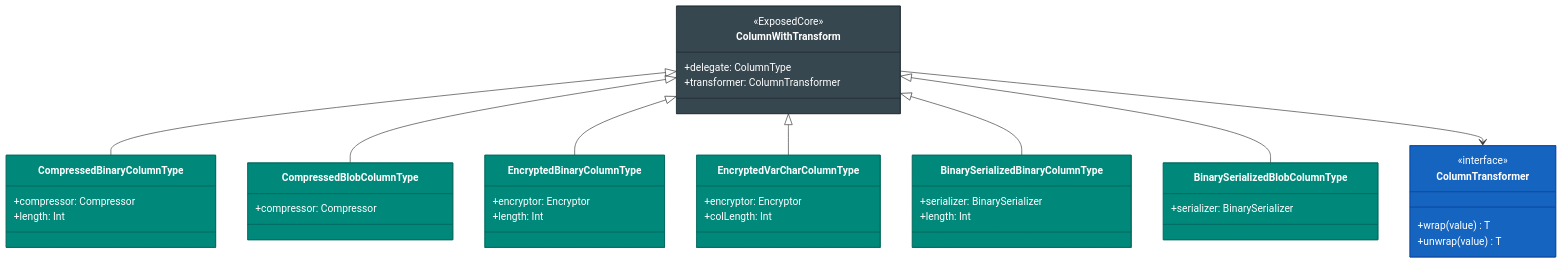
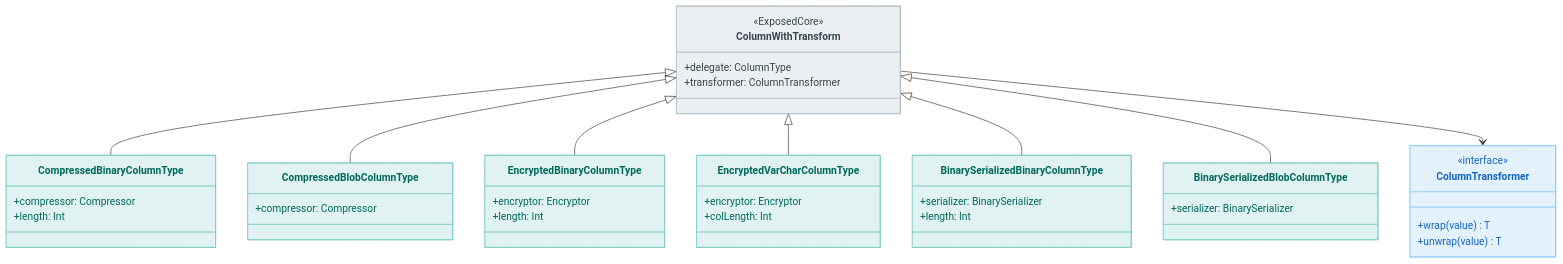
One commit to bluetape4k/bluetape4k-projects changed the second of 5 diagrams in data/exposed-core/README.ko.md. Above: the diagram before and after it, drawn with Mermaid. The commit also changed other lines of this file and 219 other files, not shown here.

First line of the commit message:
docs: 전체 README Mermaid 다이어그램 가이드 적용

````diff
--- a/data/exposed-core/README.ko.md
+++ b/data/exposed-core/README.ko.md
@@ -246,53 +246,53 @@
 ```mermaid
 classDiagram
     class ColumnWithTransform {
 <<ExposedCore>>
 +delegate: ColumnType
 +transformer: ColumnTransformer
 }
 class ColumnTransformer {
 <<interface>>
 +wrap(value) T
 +unwrap(value) T
 }
 
 class CompressedBinaryColumnType {
 +compressor: Compressor
 +length: Int
  }
 class CompressedBlobColumnType {
 +compressor: Compressor
 }
 class EncryptedBinaryColumnType {
 +encryptor: Encryptor
 +length: Int
  }
 class EncryptedVarCharColumnType {
 +encryptor: Encryptor
 +colLength: Int
  }
 class BinarySerializedBinaryColumnType {
 +serializer: BinarySerializer
 +length: Int
  }
 class BinarySerializedBlobColumnType {
 +serializer: BinarySerializer
 }
 
 ColumnWithTransform <|-- CompressedBinaryColumnType
 ColumnWithTransform <|-- CompressedBlobColumnType
 ColumnWithTransform <|-- EncryptedBinaryColumnType
 ColumnWithTransform <|-- EncryptedVarCharColumnType
 ColumnWithTransform <|-- BinarySerializedBinaryColumnType
 ColumnWithTransform <|-- BinarySerializedBlobColumnType
 ColumnWithTransform --> ColumnTransformer
 
-    style ColumnWithTransform fill:#37474F,stroke:#263238,color:#FFFFFF
-    style ColumnTransformer fill:#1565C0,stroke:#0D47A1,color:#FFFFFF
-    style CompressedBinaryColumnType fill:#00897B,stroke:#00695C,color:#FFFFFF
-    style CompressedBlobColumnType fill:#00897B,stroke:#00695C,color:#FFFFFF
-    style EncryptedBinaryColumnType fill:#00897B,stroke:#00695C,color:#FFFFFF
-    style EncryptedVarCharColumnType fill:#00897B,stroke:#00695C,color:#FFFFFF
-    style BinarySerializedBinaryColumnType fill:#00897B,stroke:#00695C,color:#FFFFFF
-    style BinarySerializedBlobColumnType fill:#00897B,stroke:#00695C,color:#FFFFFF
+    style ColumnWithTransform fill:#ECEFF1,stroke:#B0BEC5,color:#37474F
+    style ColumnTransformer fill:#E3F2FD,stroke:#90CAF9,color:#1565C0
+    style CompressedBinaryColumnType fill:#E0F2F1,stroke:#80CBC4,color:#00695C
+    style CompressedBlobColumnType fill:#E0F2F1,stroke:#80CBC4,color:#00695C
+    style EncryptedBinaryColumnType fill:#E0F2F1,stroke:#80CBC4,color:#00695C
+    style EncryptedVarCharColumnType fill:#E0F2F1,stroke:#80CBC4,color:#00695C
+    style BinarySerializedBinaryColumnType fill:#E0F2F1,stroke:#80CBC4,color:#00695C
+    style BinarySerializedBlobColumnType fill:#E0F2F1,stroke:#80CBC4,color:#00695C
 ```
````
